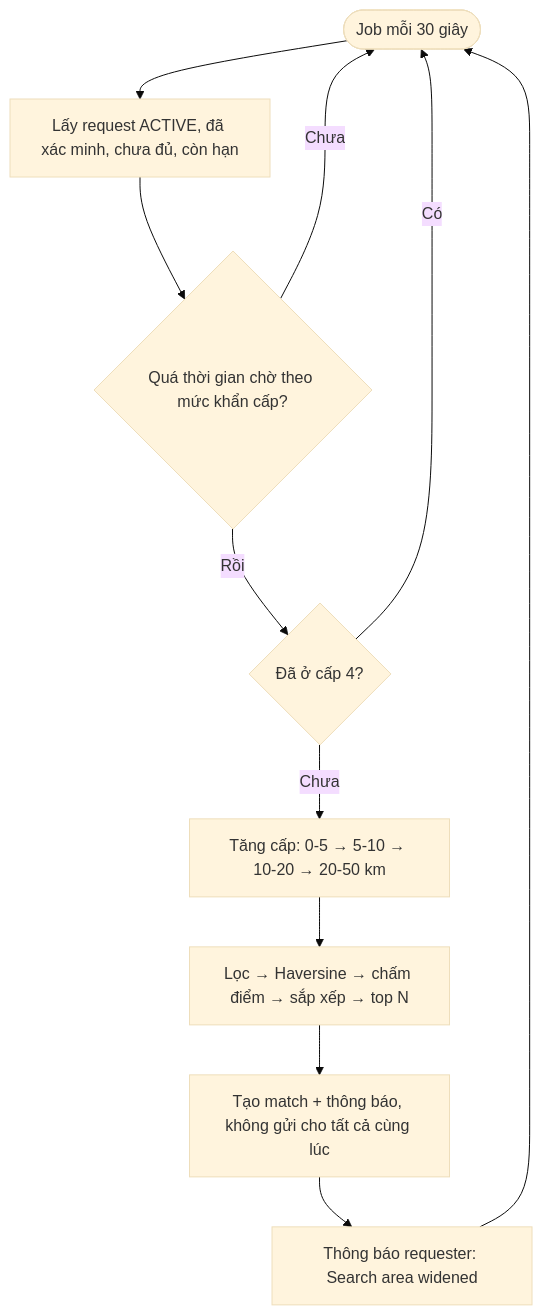
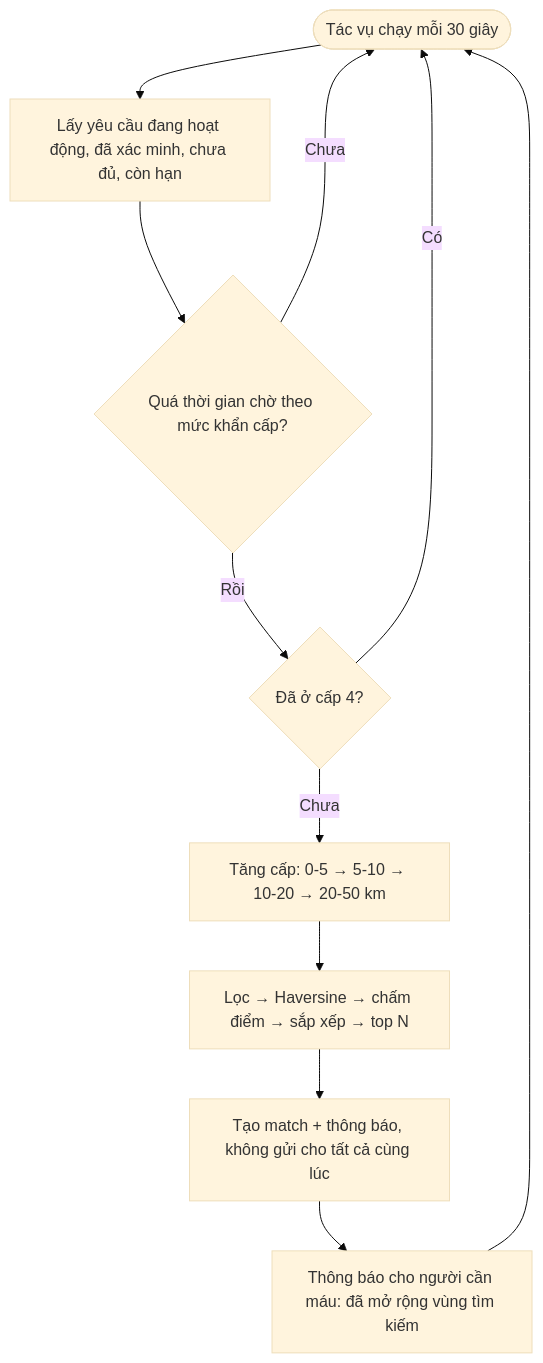
The ninth of 9 diagrams in docs/ARCHITECTURE.md (nhungoc260/lifely_demo), drawn with Mermaid (base theme) before and after one commit. The commit also changed other lines of this file, not shown here.

First line of the commit message:
Revise architecture and ERD sections with translations

````diff
--- a/docs/ARCHITECTURE.md
+++ b/docs/ARCHITECTURE.md
@@ -204,12 +214,12 @@
 ```mermaid
 flowchart TD
-  S([Job mỗi 30 giây]) --> R[Lấy request ACTIVE, đã xác minh, chưa đủ, còn hạn]
-  R --> D{Quá thời gian chờ theo mức khẩn cấp?}
-  D -- Chưa --> S
-  D -- Rồi --> L{Đã ở cấp 4?}
-  L -- Có --> S
-  L -- Chưa --> U[Tăng cấp: 0-5 → 5-10 → 10-20 → 20-50 km]
-  U --> M[Lọc → Haversine → chấm điểm → sắp xếp → top N]
-  M --> C[Tạo match + thông báo, không gửi cho tất cả cùng lúc]
-  C --> T[Thông báo requester: Search area widened] --> S
+  S(["Tác vụ chạy mỗi 30 giây"]) --> R["Lấy yêu cầu đang hoạt động, đã xác minh, chưa đủ, còn hạn"]
+  R --> D{"Quá thời gian chờ theo mức khẩn cấp?"}
+  D -- "Chưa" --> S
+  D -- "Rồi" --> L{"Đã ở cấp 4?"}
+  L -- "Có" --> S
+  L -- "Chưa" --> U["Tăng cấp: 0-5 → 5-10 → 10-20 → 20-50 km"]
+  U --> M["Lọc → Haversine → chấm điểm → sắp xếp → top N"]
+  M --> C["Tạo match + thông báo, không gửi cho tất cả cùng lúc"]
+  C --> T["Thông báo cho người cần máu: đã mở rộng vùng tìm kiếm"] --> S
 ```
````
